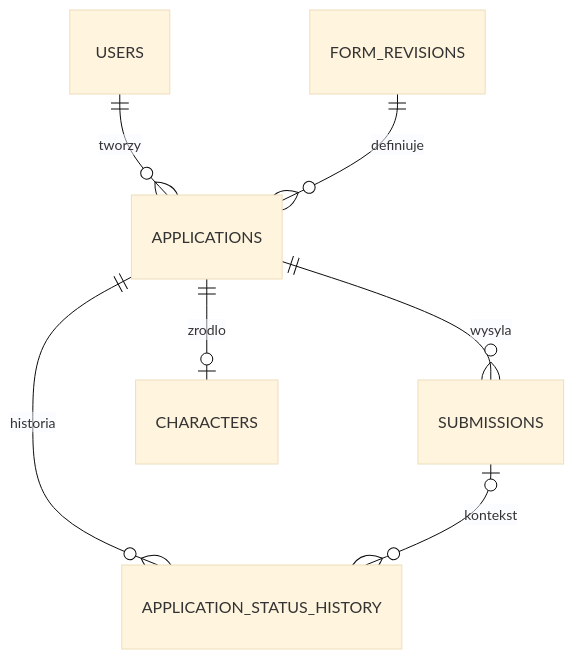
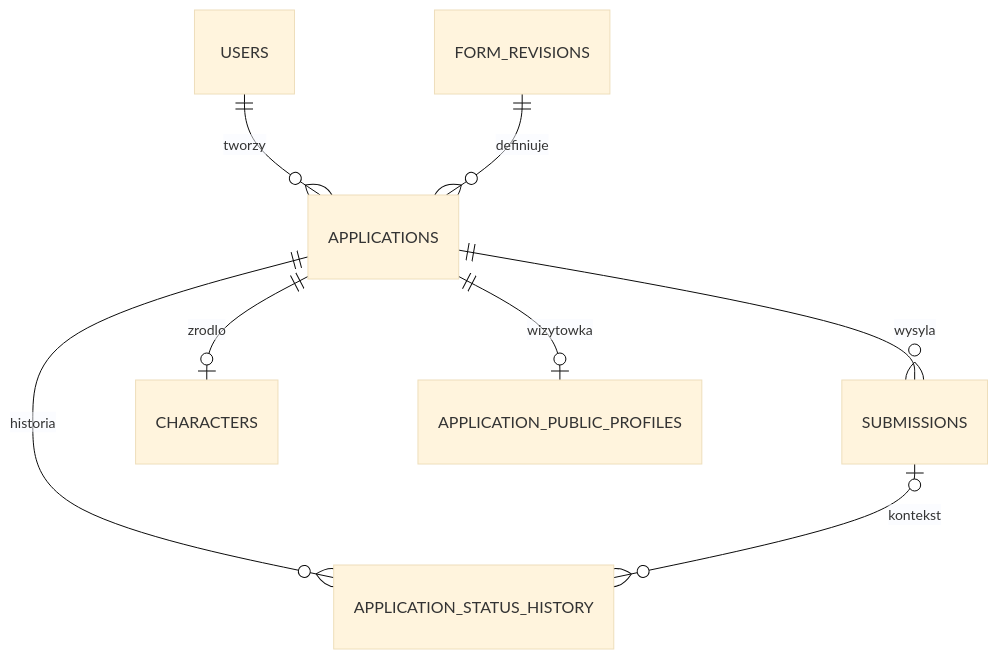
One commit to Krasny-Lis/ursunalia-character-generator changed the second of 4 diagrams in docs/architecture/DATA_MODEL.md. Above: the diagram before and after it, drawn with Mermaid (base theme). The commit also changed other lines of this file, not shown here.

Commit message:
docs(data): design editable post-submit public character profile separate from immutable submissions

````diff
--- a/docs/architecture/DATA_MODEL.md
+++ b/docs/architecture/DATA_MODEL.md
@@ -78,9 +78,10 @@
 ```mermaid
 erDiagram
     USERS ||--o{ APPLICATIONS : tworzy
     FORM_REVISIONS ||--o{ APPLICATIONS : definiuje
     APPLICATIONS ||--o{ SUBMISSIONS : wysyla
     APPLICATIONS ||--o{ APPLICATION_STATUS_HISTORY : historia
     SUBMISSIONS o|--o{ APPLICATION_STATUS_HISTORY : kontekst
     APPLICATIONS ||--o| CHARACTERS : zrodlo
+    APPLICATIONS ||--o| APPLICATION_PUBLIC_PROFILES : wizytowka
 ```
````
